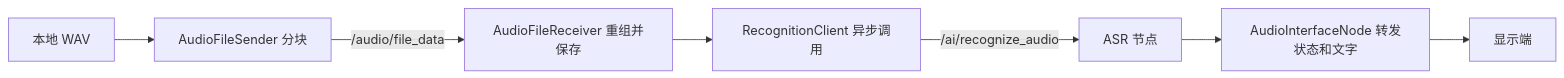
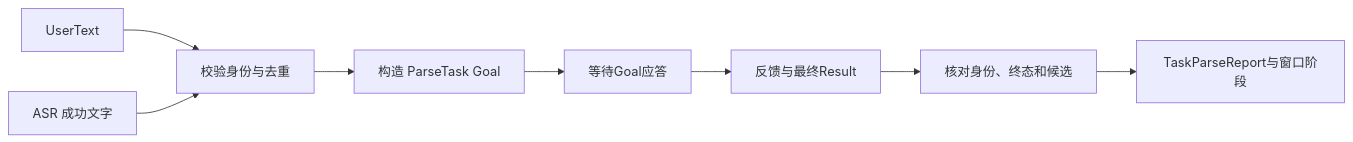
Before and after one commit to dreamcather726/ai-interaction-ui: the first of 2 diagrams in docs/知识点/第二周/接口调用工程师｜第二周专业知识自学清单.md, drawn with Mermaid. The commit also changed other lines of this file and 11 other files, not shown here.

````diff
--- a/docs/知识点/第二周/接口调用工程师｜第二周专业知识自学清单.md
+++ b/docs/知识点/第二周/接口调用工程师｜第二周专业知识自学清单.md
@@ -9,9 +9,10 @@
 ```mermaid
 flowchart LR
-    A[本地 WAV] --> B[AudioFileSender 分块]
-    B -->|/audio/file_data| C[AudioFileReceiver 重组并保存]
-    C --> D[RecognitionClient 异步调用]
-    D -->|/ai/recognize_audio| E[ASR 节点]
-    E --> F[AudioInterfaceNode 转发状态和文字]
-    F --> G[显示端]
+    A[UserText] --> C[校验身份与去重]
+    B[ASR 成功文字] --> C
+    C --> D[构造 ParseTask Goal]
+    D --> E[等待Goal应答]
+    E --> F[反馈与最终Result]
+    F --> G[核对身份、终态和候选]
+    G --> H[TaskParseReport与窗口阶段]
 ```
````
